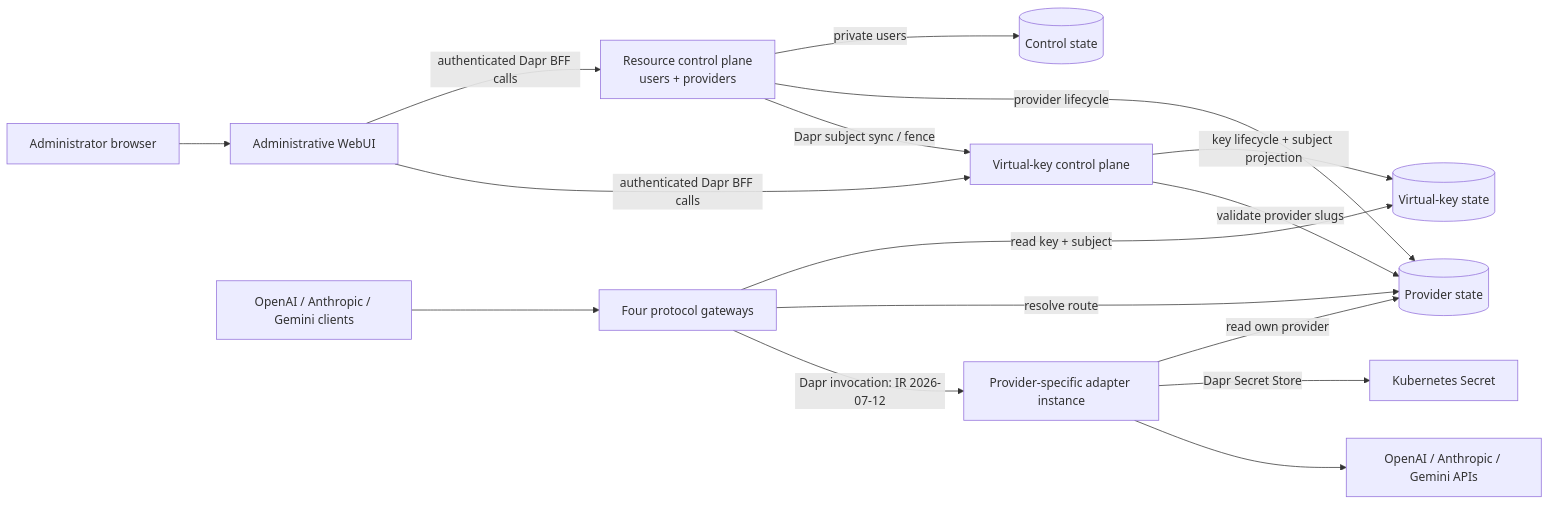
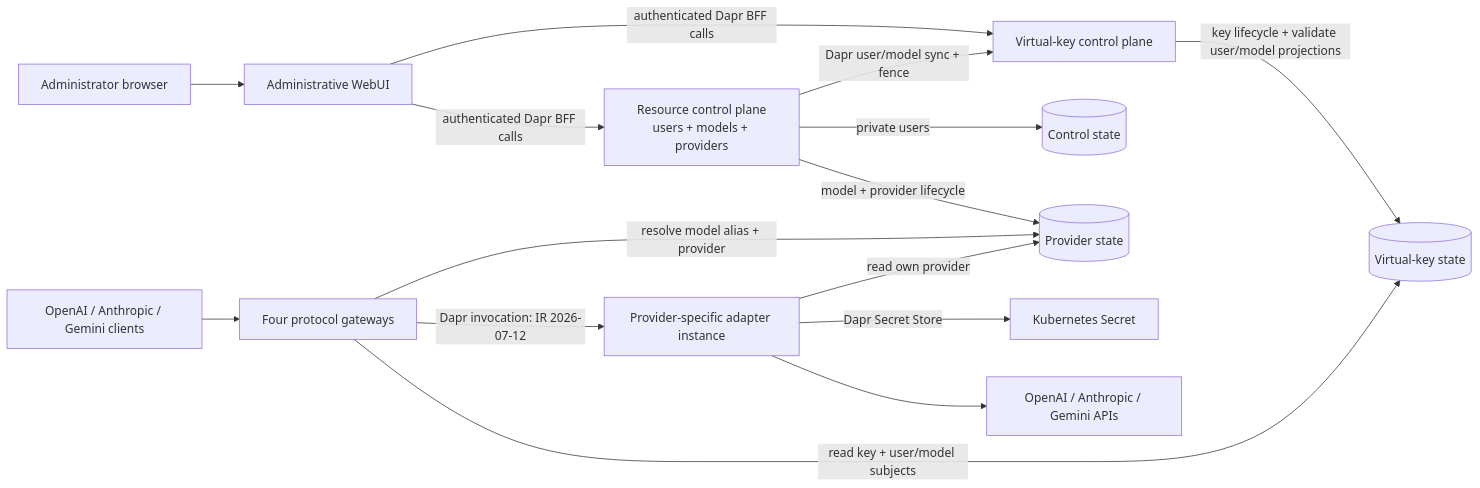
The diagram in README.md (Albe83/gwai), drawn with Mermaid before and after one commit. The commit also changed other lines of this file and 56 other files, not shown here.

First line of the commit message:
feat(control-plane)!: restore model catalog routing (#9)

````diff
--- a/README.md
+++ b/README.md
@@ -30,18 +30,17 @@
 ```mermaid
 flowchart LR
     Admin[Administrator browser] --> UI[Administrative WebUI]
     UI -->|authenticated Dapr BFF calls| CP
     UI -->|authenticated Dapr BFF calls| KP
     Clients[OpenAI / Anthropic / Gemini clients] --> Gateways[Four protocol gateways]
-    CP[Resource control plane<br/>users + providers] -->|private users| CS[(Control state)]
-    CP -->|provider lifecycle| PS[(Provider state)]
-    CP -->|Dapr subject sync / fence| KP[Virtual-key control plane]
-    KP -->|key lifecycle + subject projection| KS[(Virtual-key state)]
-    KP -->|validate provider slugs| PS
-    Gateways -->|read key + subject| KS
-    Gateways -->|resolve route| PS
+    CP[Resource control plane<br/>users + models + providers] -->|private users| CS[(Control state)]
+    CP -->|model + provider lifecycle| PS[(Provider state)]
+    CP -->|Dapr user/model sync + fence| KP[Virtual-key control plane]
+    KP -->|key lifecycle + validate user/model projections| KS[(Virtual-key state)]
+    Gateways -->|read key + user/model subjects| KS
+    Gateways -->|resolve model alias + provider| PS
     Gateways -->|Dapr invocation: IR 2026-07-12| Adapters[Provider-specific adapter instance]
     Adapters -->|read own provider| PS
     Adapters -->|Dapr Secret Store| Secrets[Kubernetes Secret]
     Adapters --> Providers[OpenAI / Anthropic / Gemini APIs]
 ```
````
